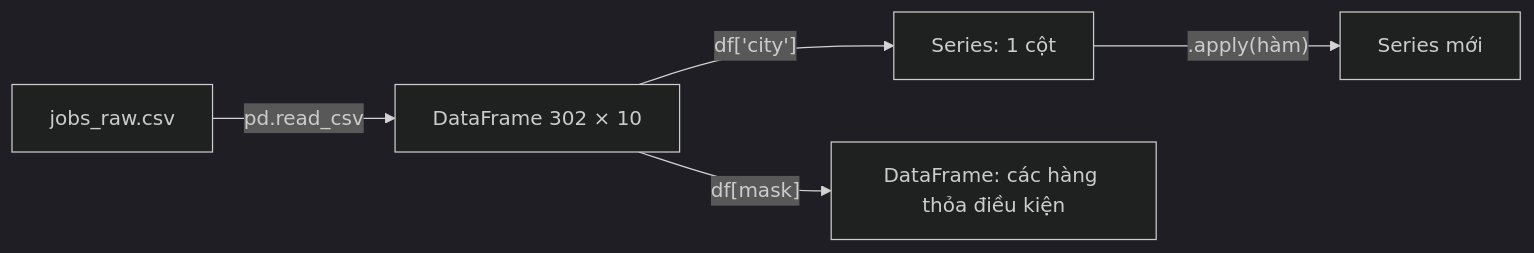
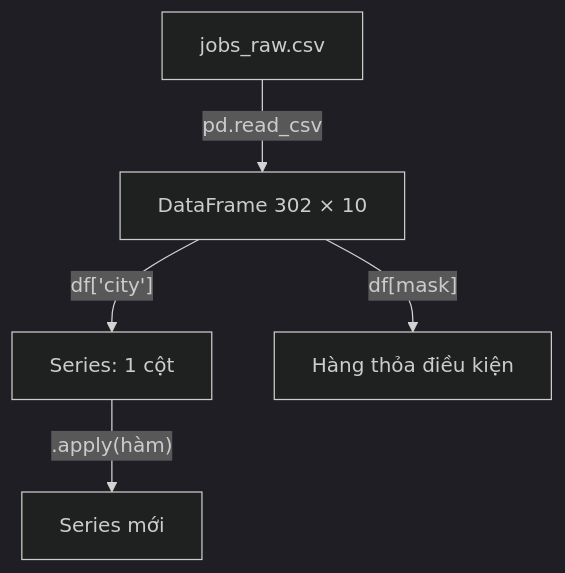
The first of 4 diagrams in academy/curriculum/L07-du-lieu-ban-pandas/lesson.md (ht-nah98/ai-academy), drawn with Mermaid (dark theme) before and after one commit. The commit also changed other lines of this file and 54 other files, not shown here.

````diff
--- a/academy/curriculum/L07-du-lieu-ban-pandas/lesson.md
+++ b/academy/curriculum/L07-du-lieu-ban-pandas/lesson.md
@@ -57,7 +57,7 @@
 ```mermaid
-flowchart LR
+flowchart TD
     CSV["jobs_raw.csv"] -->|"pd.read_csv"| DF["DataFrame 302 × 10"]
     DF -->|"df['city']"| S["Series: 1 cột"]
-    DF -->|"df[mask]"| F["DataFrame: các hàng thỏa điều kiện"]
+    DF -->|"df[mask]"| F["Hàng thỏa điều kiện"]
     S -->|".apply(hàm)"| S2["Series mới"]
 ```
````
